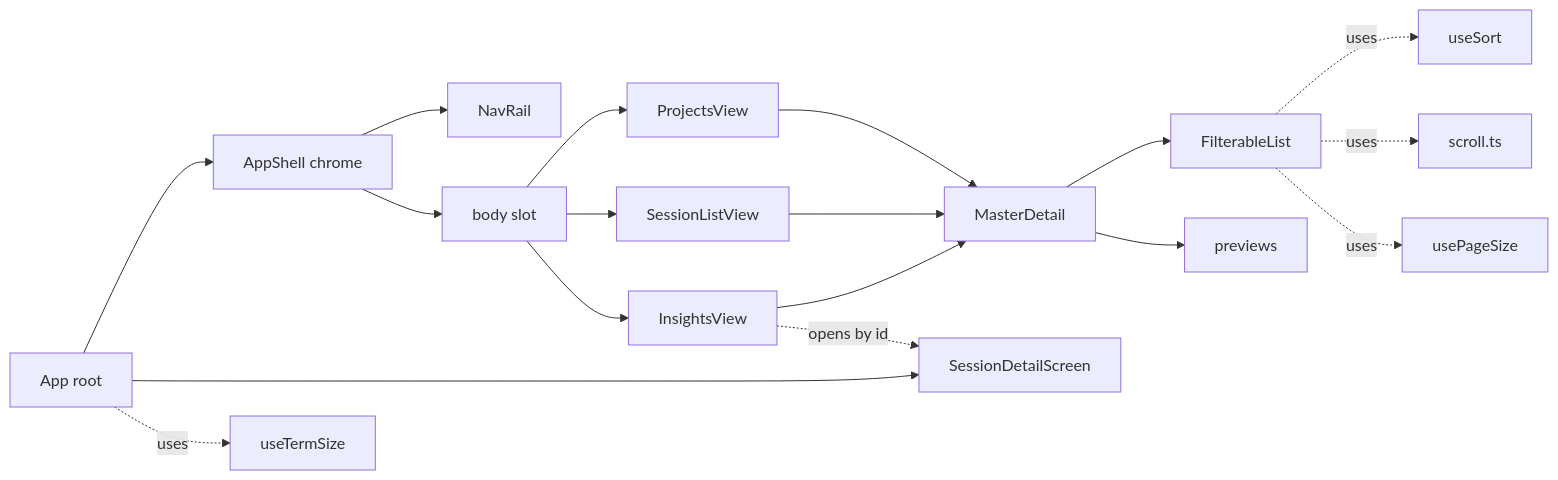
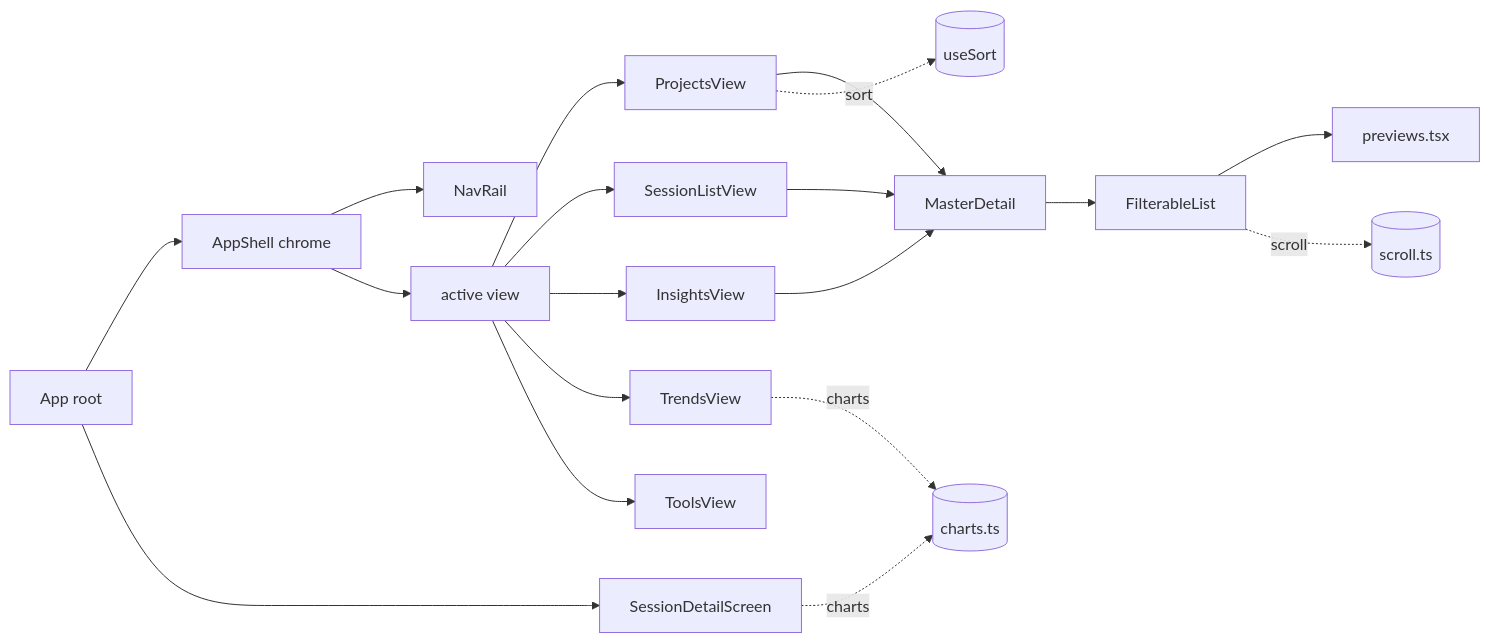
Before and after one commit to yorch/cc-analyzer: the diagram in wiki/4-tui.md, drawn with Mermaid. The commit also changed other lines of this file and 19 other files, not shown here.

First line of the commit message:
docs: regenerate wiki at 9d4dd3f, add Analytics & Insights page

````diff
--- a/wiki/4-tui.md
+++ b/wiki/4-tui.md
@@ -33,22 +37,24 @@
 ```mermaid
 flowchart LR
     App[App root] --> Shell[AppShell chrome]
     Shell --> Rail[NavRail]
-    Shell --> Body[body slot]
+    Shell --> Body[active view]
+
     Body --> Projects[ProjectsView]
     Body --> Sessions[SessionListView]
     Body --> Insights[InsightsView]
+    Body --> Trends[TrendsView]
+    Body --> Tools[ToolsView]
     App --> Detail[SessionDetailScreen]
 
     Projects --> MD[MasterDetail]
     Sessions --> MD
     Insights --> MD
-    MD --> List[FilterableList]
-    MD --> Preview[previews]
+    MD --> FL[FilterableList]
+    FL --> Preview[previews.tsx]
 
-    Insights -.opens by id.-> Detail
-    List -.uses.-> Sort[useSort]
-    List -.uses.-> Scroll[scroll.ts]
-    App -.uses.-> Term[useTermSize]
-    List -.uses.-> Page[usePageSize]
+    Trends -.charts.-> Charts[(charts.ts)]
+    Detail -.charts.-> Charts
+    FL -.scroll.-> Scroll[(scroll.ts)]
+    Projects -.sort.-> Sort[(useSort)]
 ```
````
